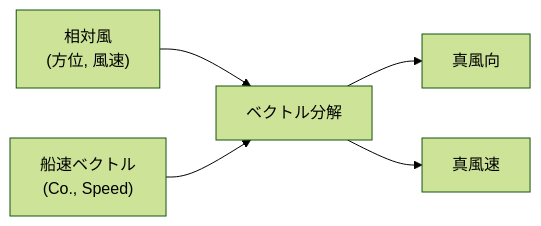
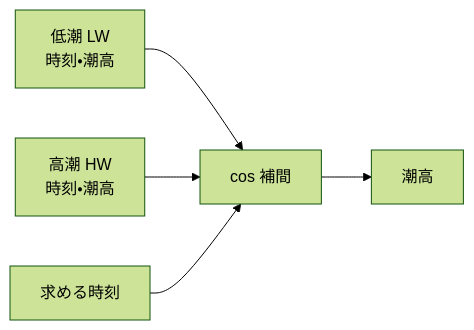
Before and after one commit to serkenn/Navigation-calculations: the fourth of 5 diagrams in docs/pilot2.md, drawn with Mermaid (forest theme). The commit also changed other lines of this file and 6 other files, not shown here.

````diff
--- a/docs/pilot2.md
+++ b/docs/pilot2.md
@@ -92,7 +129,7 @@
 ```mermaid
 flowchart LR
-    A["相対風<br>(方位, 風速)"] --> C[ベクトル分解]
-    B["船速ベクトル<br>(Co., Speed)"] --> C
-    C --> D[真風向]
-    C --> E[真風速]
+    A["低潮 LW<br>時刻・潮高"] --> C["cos 補間"]
+    B["高潮 HW<br>時刻・潮高"] --> C
+    D[求める時刻] --> C
+    C --> E[潮高]
 ```
````
